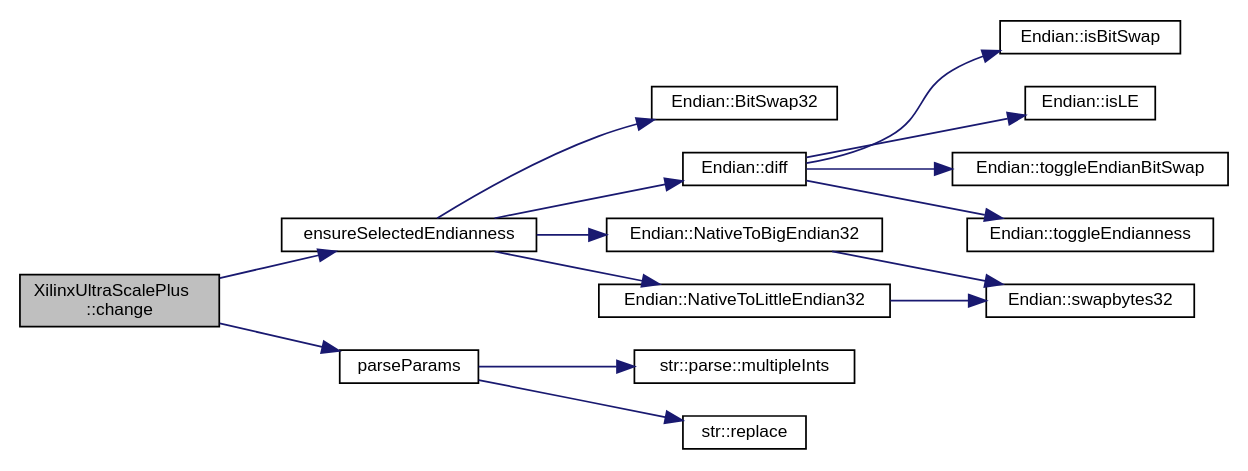
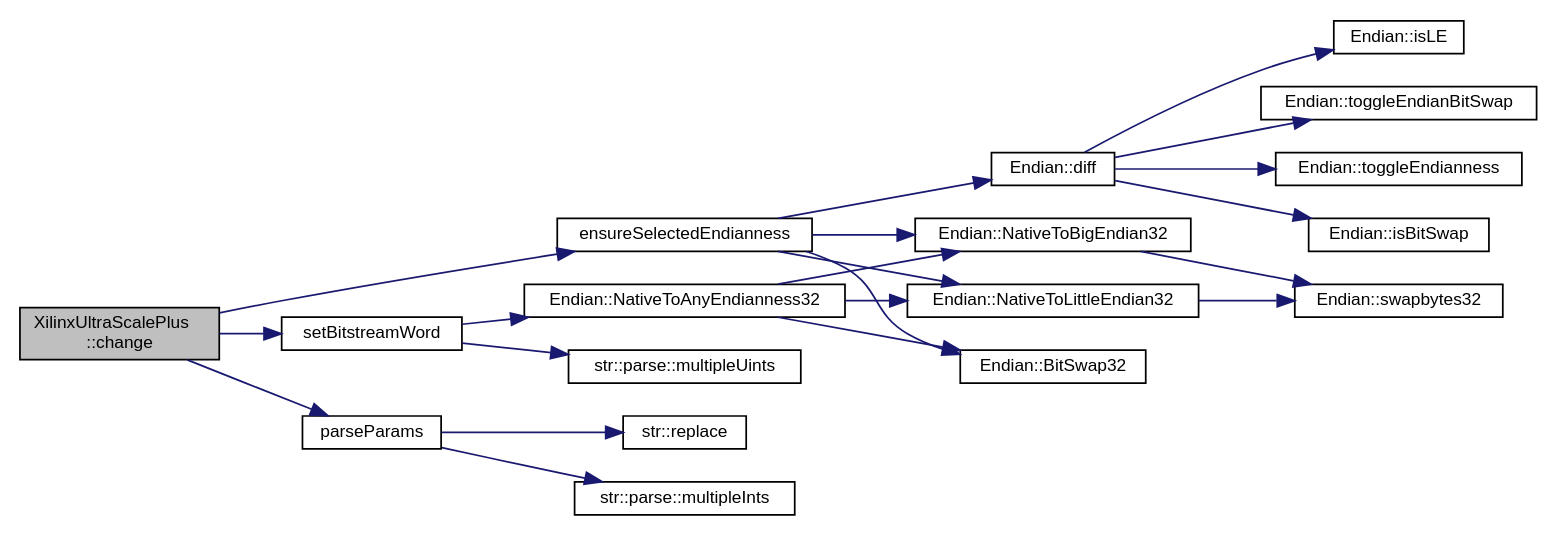
One commit to FPGA-Research-Manchester/byteman changed the diagram in classXilinxUltraScalePlus_a8d1c488a56dac4290a90e5718ce2e0be_cgraph.dot. Above: the diagram before and after it, drawn with Graphviz. The commit also changed 402 other files, not shown here.

```diff
--- a/classXilinxUltraScalePlus_a8d1c488a56dac4290a90e5718ce2e0be_cgraph.dot
+++ b/classXilinxUltraScalePlus_a8d1c488a56dac4290a90e5718ce2e0be_cgraph.dot
@@ -1,36 +1,45 @@
 digraph "XilinxUltraScalePlus::change"
 {
  // INTERACTIVE_SVG=YES
  // LATEX_PDF_SIZE
   edge [fontname="Helvetica",fontsize="10",labelfontname="Helvetica",labelfontsize="10"];
   node [fontname="Helvetica",fontsize="10",shape=record];
   rankdir="LR";
   Node1 [label="XilinxUltraScalePlus\l::change",height=0.2,width=0.4,color="black", fillcolor="grey75", style="filled", fontcolor="black",tooltip=" "];
   Node1 -> Node2 [color="midnightblue",fontsize="10",style="solid",fontname="Helvetica"];
   Node2 [label="ensureSelectedEndianness",height=0.2,width=0.4,color="black", fillcolor="white", style="filled",URL="$inlineChange_8h.html#ae6a0714a04036157d8ed82cbbf724b8b",tooltip=" "];
   Node2 -> Node3 [color="midnightblue",fontsize="10",style="solid",fontname="Helvetica"];
   Node3 [label="Endian::BitSwap32",height=0.2,width=0.4,color="black", fillcolor="white", style="filled",URL="$namespaceEndian.html#abaf85e5d8d9641e35ffb4a5bcfc37f84",tooltip=" "];
   Node2 -> Node4 [color="midnightblue",fontsize="10",style="solid",fontname="Helvetica"];
   Node4 [label="Endian::diff",height=0.2,width=0.4,color="black", fillcolor="white", style="filled",URL="$namespaceEndian.html#adb5a175333bfc81edaee46e216cce009",tooltip=" "];
   Node4 -> Node5 [color="midnightblue",fontsize="10",style="solid",fontname="Helvetica"];
   Node5 [label="Endian::isBitSwap",height=0.2,width=0.4,color="black", fillcolor="white", style="filled",URL="$namespaceEndian.html#a0418cbe195a9aa09efd6f8e020bec98e",tooltip=" "];
   Node4 -> Node6 [color="midnightblue",fontsize="10",style="solid",fontname="Helvetica"];
   Node6 [label="Endian::isLE",height=0.2,width=0.4,color="black", fillcolor="white", style="filled",URL="$namespaceEndian.html#a2908cb68d06425c31c71fae71797cded",tooltip=" "];
   Node4 -> Node7 [color="midnightblue",fontsize="10",style="solid",fontname="Helvetica"];
   Node7 [label="Endian::toggleEndianBitSwap",height=0.2,width=0.4,color="black", fillcolor="white", style="filled",URL="$namespaceEndian.html#a4b0e3c09d2223c99001a39613b86f629",tooltip=" "];
   Node4 -> Node8 [color="midnightblue",fontsize="10",style="solid",fontname="Helvetica"];
   Node8 [label="Endian::toggleEndianness",height=0.2,width=0.4,color="black", fillcolor="white", style="filled",URL="$namespaceEndian.html#a839576793bc5465bbdf7019b924c0ef8",tooltip=" "];
   Node2 -> Node9 [color="midnightblue",fontsize="10",style="solid",fontname="Helvetica"];
   Node9 [label="Endian::NativeToBigEndian32",height=0.2,width=0.4,color="black", fillcolor="white", style="filled",URL="$namespaceEndian.html#a7cd80b2cb2ed674196a68549c8489f88",tooltip=" "];
   Node9 -> Node10 [color="midnightblue",fontsize="10",style="solid",fontname="Helvetica"];
   Node10 [label="Endian::swapbytes32",height=0.2,width=0.4,color="black", fillcolor="white", style="filled",URL="$namespaceEndian.html#a7c0178c39449483c29a1a305d0a73606",tooltip=" "];
   Node2 -> Node11 [color="midnightblue",fontsize="10",style="solid",fontname="Helvetica"];
   Node11 [label="Endian::NativeToLittleEndian32",height=0.2,width=0.4,color="black", fillcolor="white", style="filled",URL="$namespaceEndian.html#a4ef36a4fee2f667cf8ac3f67017716bb",tooltip=" "];
   Node11 -> Node10 [color="midnightblue",fontsize="10",style="solid",fontname="Helvetica"];
   Node1 -> Node12 [color="midnightblue",fontsize="10",style="solid",fontname="Helvetica"];
   Node12 [label="parseParams",height=0.2,width=0.4,color="black", fillcolor="white", style="filled",URL="$inlineParseParams_8h.html#a967f262c6d693437c133031f378de01c",tooltip=" "];
   Node12 -> Node13 [color="midnightblue",fontsize="10",style="solid",fontname="Helvetica"];
   Node13 [label="str::parse::multipleInts",height=0.2,width=0.4,color="black", fillcolor="white", style="filled",URL="$namespacestr_1_1parse.html#af4246fb05f8a85ef7316146a8fc49276",tooltip=" "];
   Node12 -> Node14 [color="midnightblue",fontsize="10",style="solid",fontname="Helvetica"];
   Node14 [label="str::replace",height=0.2,width=0.4,color="black", fillcolor="white", style="filled",URL="$namespacestr.html#a2d2adf32604f4236cf7b7ca879653fec",tooltip="Replaces all instances of oldChar in string str with newChar and returns the resulting string."];
+  Node1 -> Node15 [color="midnightblue",fontsize="10",style="solid",fontname="Helvetica"];
+  Node15 [label="setBitstreamWord",height=0.2,width=0.4,color="black", fillcolor="white", style="filled",URL="$inlineChange_8h.html#ab5065ae8dd1a442d7056c84f70642bd6",tooltip=" "];
+  Node15 -> Node16 [color="midnightblue",fontsize="10",style="solid",fontname="Helvetica"];
+  Node16 [label="str::parse::multipleUints",height=0.2,width=0.4,color="black", fillcolor="white", style="filled",URL="$namespacestr_1_1parse.html#a654d50b4a95fff1bab5647f7b96b885c",tooltip=" "];
+  Node15 -> Node17 [color="midnightblue",fontsize="10",style="solid",fontname="Helvetica"];
+  Node17 [label="Endian::NativeToAnyEndianness32",height=0.2,width=0.4,color="black", fillcolor="white", style="filled",URL="$namespaceEndian.html#a6e3f14d2195a9979513e9a7b87e24847",tooltip=" "];
+  Node17 -> Node3 [color="midnightblue",fontsize="10",style="solid",fontname="Helvetica"];
+  Node17 -> Node9 [color="midnightblue",fontsize="10",style="solid",fontname="Helvetica"];
+  Node17 -> Node11 [color="midnightblue",fontsize="10",style="solid",fontname="Helvetica"];
 }
```
